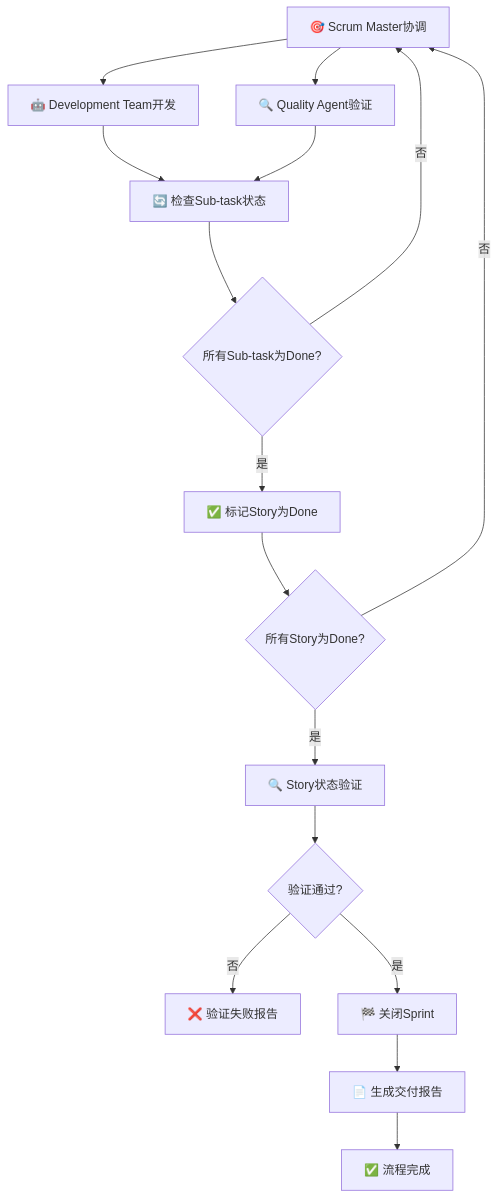
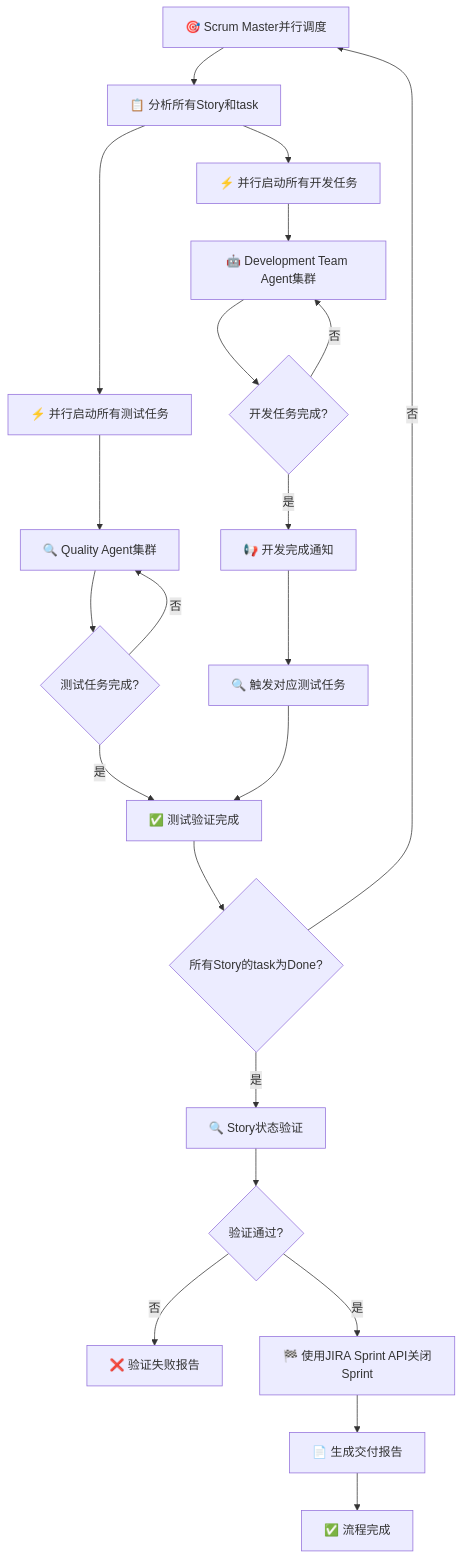
Before and after one commit to ouyangshixiong/context-engineering-zh: the seventh of 12 diagrams in plugins/agile-marketplace/sprint-plugin/commands/快速sprint.md, drawn with Mermaid. The commit also changed other lines of this file and 4 other files, not shown here.

````diff
--- a/plugins/agile-marketplace/sprint-plugin/commands/快速sprint.md
+++ b/plugins/agile-marketplace/sprint-plugin/commands/快速sprint.md
@@ -294,18 +323,29 @@
 ```mermaid
 flowchart TD
-    A[🎯 Scrum Master协调] --> B[🤖 Development Team开发]
-    A --> C[🔍 Quality Agent验证]
-    B --> D[🔄 检查Sub-task状态]
-    C --> D
-    D --> E{所有Sub-task为Done?}
-    E -->|否| A
-    E -->|是| F[✅ 标记Story为Done]
-    F --> G{所有Story为Done?}
-    G -->|否| A
-    G -->|是| H[🔍 Story状态验证]
-    H --> I{验证通过?}
-    I -->|否| J[❌ 验证失败报告]
-    I -->|是| K[🏁 关闭Sprint]
-    K --> L[📄 生成交付报告]
-    L --> M[✅ 流程完成]
+    A[🎯 Scrum Master并行调度] --> B[📋 分析所有Story和task]
+    B --> C[⚡ 并行启动所有开发任务]
+    B --> D[⚡ 并行启动所有测试任务]
+
+    C --> E[🤖 Development Team Agent集群]
+    D --> F[🔍 Quality Agent集群]
+
+    E --> G{开发任务完成?}
+    G -->|否| E
+    G -->|是| H[📢 开发完成通知]
+    H --> I[🔍 触发对应测试任务]
+
+    F --> J{测试任务完成?}
+    J -->|否| F
+    J -->|是| K[✅ 测试验证完成]
+
+    I --> K
+
+    K --> L{所有Story的task为Done?}
+    L -->|否| A
+    L -->|是| M[🔍 Story状态验证]
+    M --> N{验证通过?}
+    N -->|否| O[❌ 验证失败报告]
+    N -->|是| P[🏁 使用JIRA Sprint API关闭Sprint]
+    P --> Q[📄 生成交付报告]
+    Q --> R[✅ 流程完成]
 ```
````
